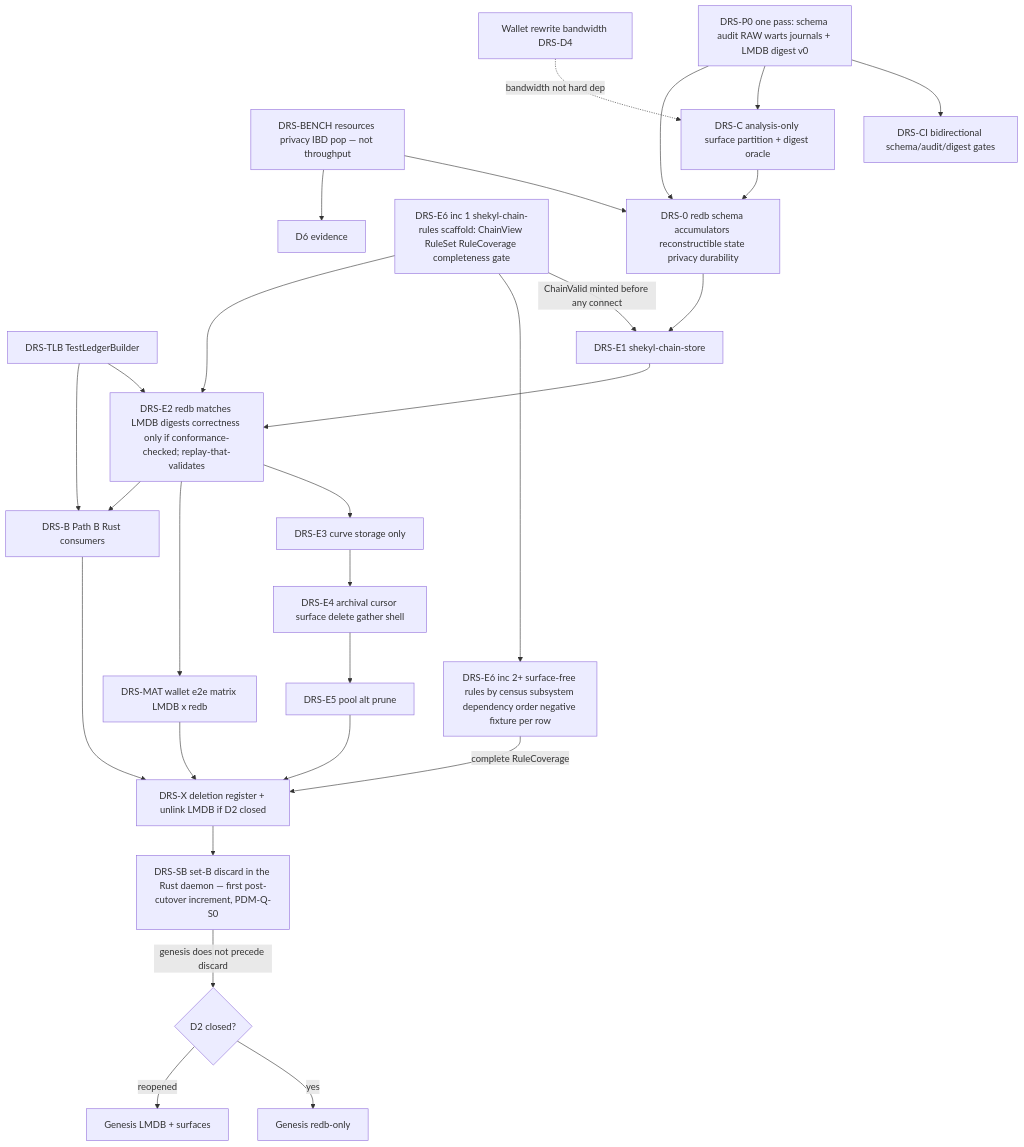
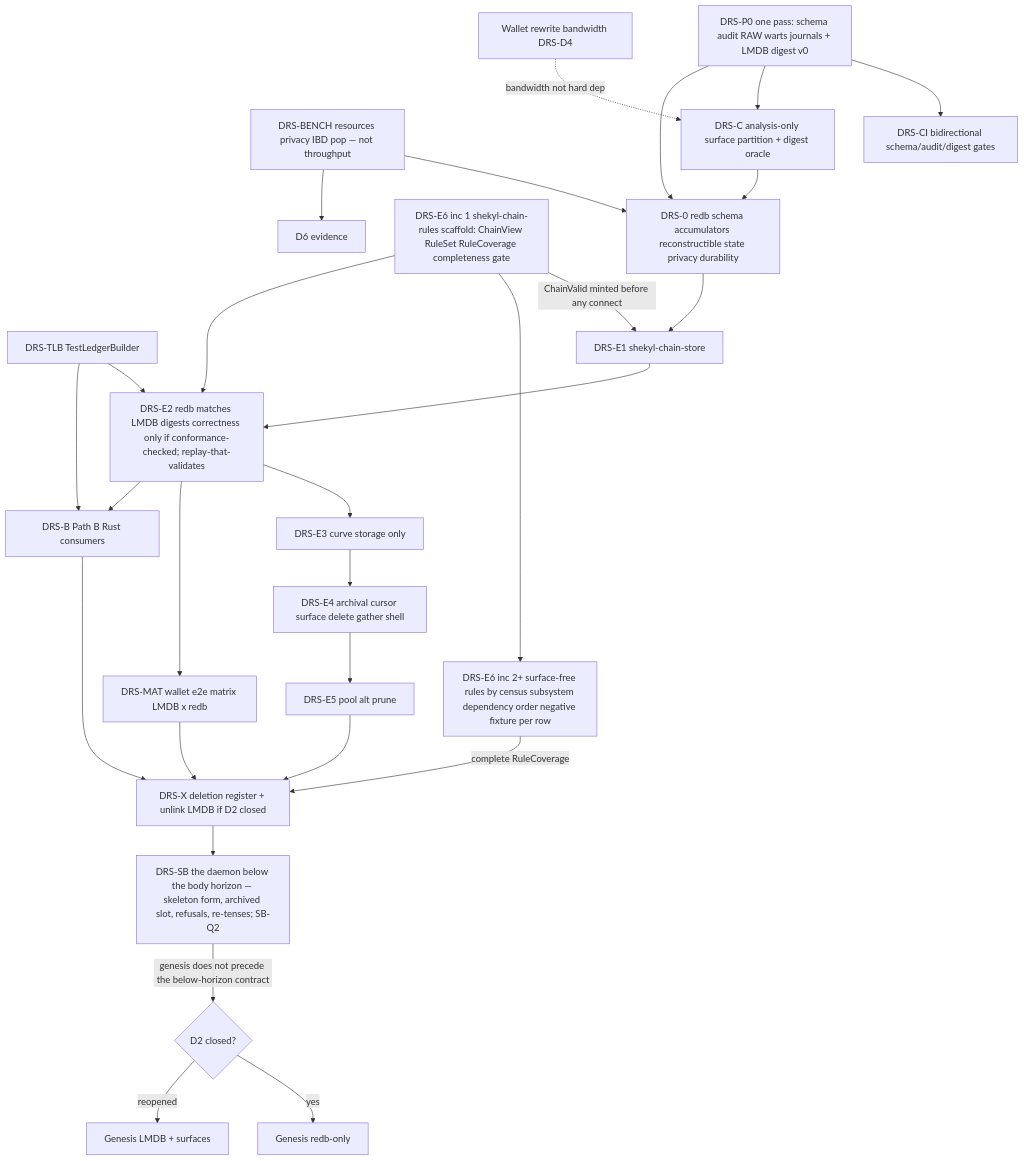
One commit to Shekyl-Foundation/shekyl-core changed the diagram in docs/design/DAEMON_REDB_STORE.md. Above: the diagram before and after it, drawn with Mermaid. The commit also changed other lines of this file and 4 other files, not shown here.

````diff
--- a/docs/design/DAEMON_REDB_STORE.md
+++ b/docs/design/DAEMON_REDB_STORE.md
@@ -1355,48 +1355,48 @@
 ```mermaid
 flowchart TD
   BENCH[DRS-BENCH resources privacy IBD pop — not throughput]
   P0[DRS-P0 one pass: schema audit RAW warts journals + LMDB digest v0]
   CI[DRS-CI bidirectional schema/audit/digest gates]
   TLB[DRS-TLB TestLedgerBuilder]
   W[Wallet rewrite bandwidth DRS-D4]
   C[DRS-C analysis-only surface partition + digest oracle]
   D0[DRS-0 redb schema accumulators reconstructible state privacy durability]
   E1[DRS-E1 shekyl-chain-store]
   E6a[DRS-E6 inc 1 shekyl-chain-rules scaffold: ChainView RuleSet RuleCoverage completeness gate]
   E6[DRS-E6 inc 2+ surface-free rules by census subsystem dependency order negative fixture per row]
   E2[DRS-E2 redb matches LMDB digests correctness only if conformance-checked; replay-that-validates]
   E3[DRS-E3 curve storage only]
   E4[DRS-E4 archival cursor surface delete gather shell]
   E5[DRS-E5 pool alt prune]
   B[DRS-B Path B Rust consumers]
   MAT[DRS-MAT wallet e2e matrix LMDB x redb]
   X[DRS-X deletion register + unlink LMDB if D2 closed]
-  SB[DRS-SB set-B discard in the Rust daemon — first post-cutover increment, PDM-Q-S0]
+  SB[DRS-SB the daemon below the body horizon — skeleton form, archived slot, refusals, re-tenses; SB-Q2]
   G{D2 closed?}
   G1[Genesis redb-only]
   G2[Genesis LMDB + surfaces]
   BENCH --> D0
   BENCH --> D6ev[D6 evidence]
   P0 --> CI
   P0 --> C
   P0 --> D0
   TLB --> E2
   TLB --> B
   W -.->|bandwidth not hard dep| C
   C --> D0
   D0 --> E1 --> E2
   E6a -->|ChainValid minted before any connect| E1
   E6a --> E6
   E6a --> E2
   E2 --> E3 --> E4 --> E5
   E2 --> MAT
   E2 --> B
   E5 --> X
   E6 -->|complete RuleCoverage| X
   B --> X
   MAT --> X
   X --> SB
-  SB -->|genesis does not precede discard| G
+  SB -->|genesis does not precede the below-horizon contract| G
   G -->|yes| G1
   G -->|reopened| G2
 ```
````
